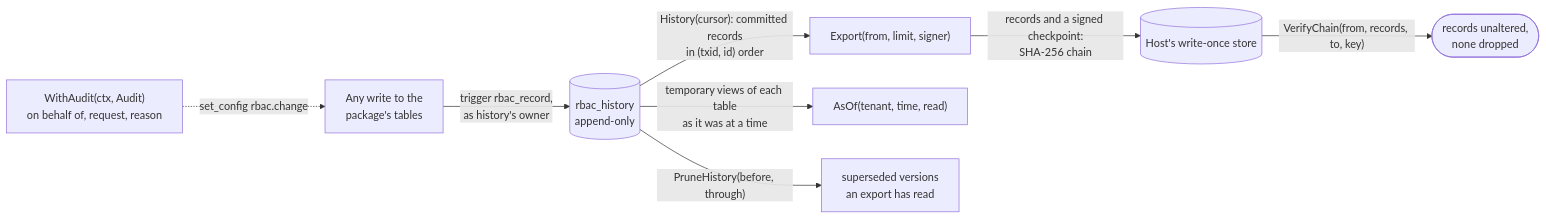
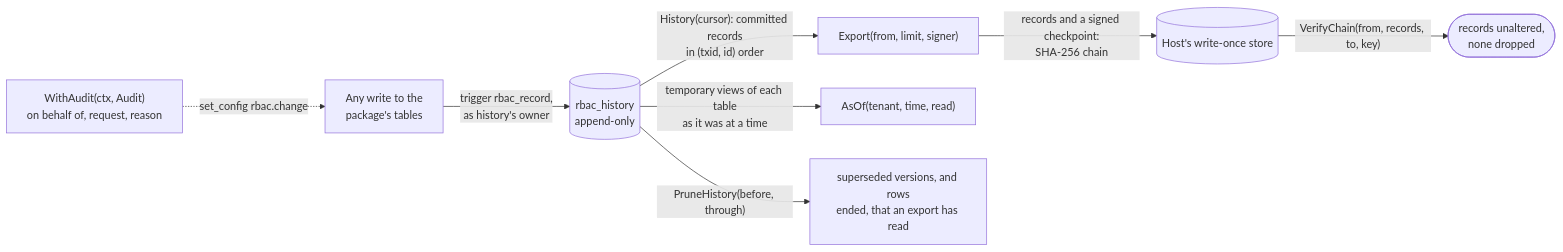
One commit to parallelworks/rbac changed diagram 12 of 13 in docs/architecture.md. Above: the diagram before and after it, drawn with Mermaid. The commit also changed other lines of this file, not shown here.

````diff
--- a/docs/architecture.md
+++ b/docs/architecture.md
@@ -463,10 +481,10 @@
 ```mermaid
 flowchart LR
     write["Any write to the<br/>package's tables"] -->|"trigger rbac_record,<br/>as history's owner"| hist[("rbac_history<br/>append-only")]
     ctxa["WithAudit(ctx, Audit)<br/>on behalf of, request, reason"] -.->|"set_config rbac.change"| write
     hist -->|"History(cursor): committed records<br/>in (txid, id) order"| exp["Export(from, limit, signer)"]
     exp -->|"records and a signed checkpoint:<br/>SHA-256 chain"| store[("Host's write-once store")]
     store -->|"VerifyChain(from, records, to, key)"| verify(["records unaltered,<br/>none dropped"])
     hist -->|"temporary views of each table<br/>as it was at a time"| asof["AsOf(tenant, time, read)"]
-    hist -->|"PruneHistory(before, through)"| prune["superseded versions<br/>an export has read"]
+    hist -->|"PruneHistory(before, through)"| prune["superseded versions, and rows<br/>ended, that an export has read"]
 ```
````
